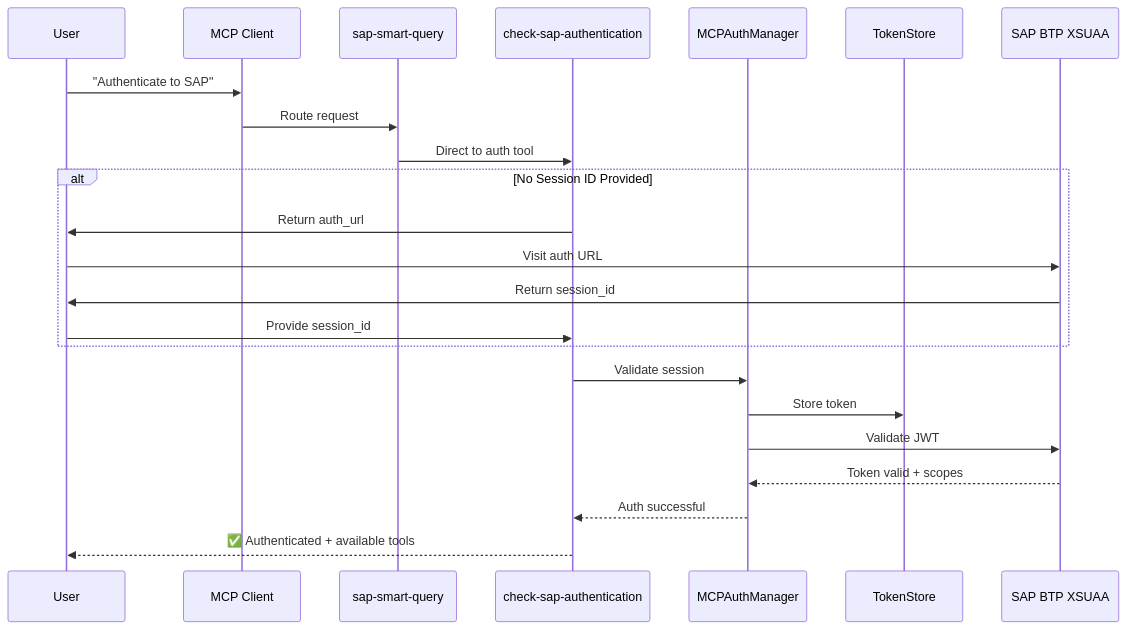
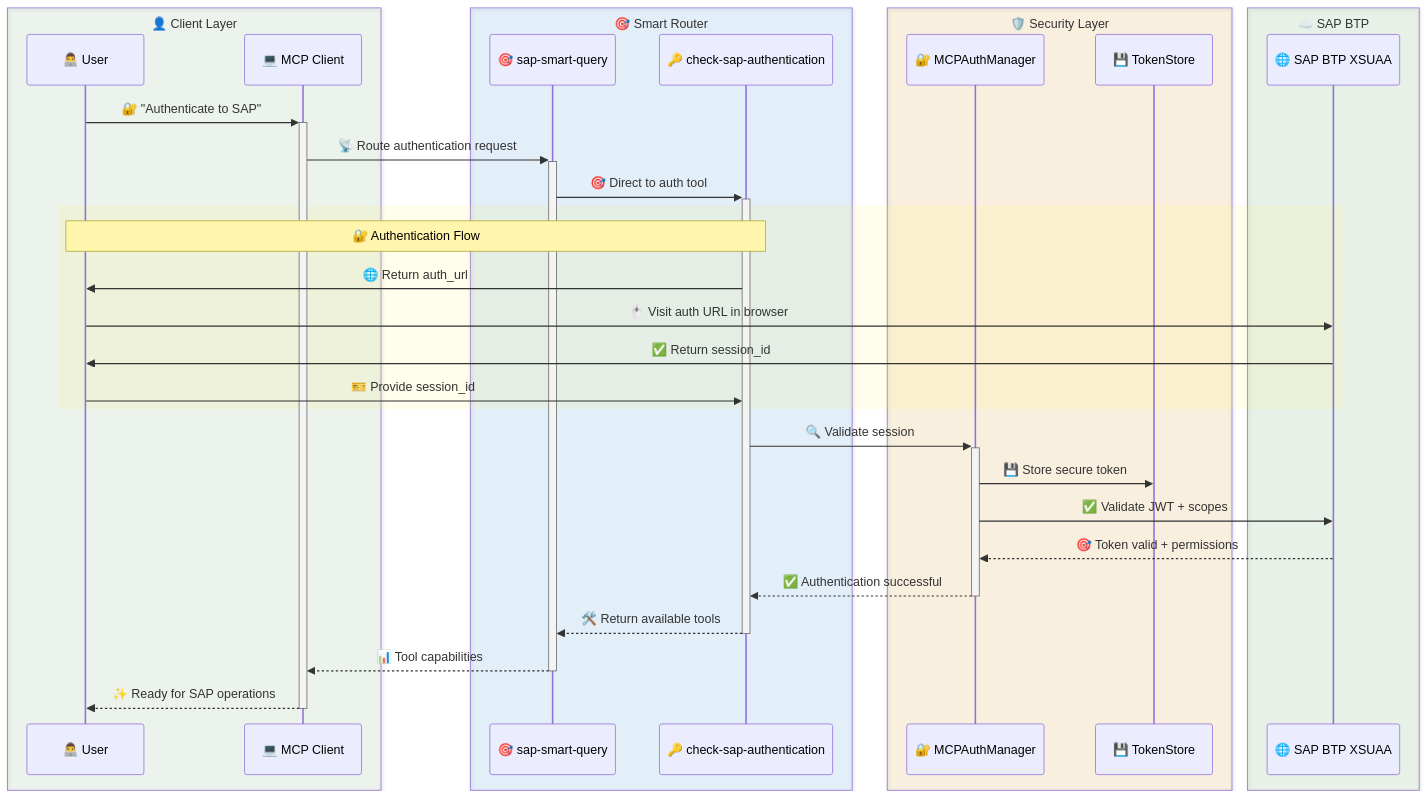
Before and after one commit to Raistlin82/btp-sap-odata-to-mcp-server-optimized: the first of 20 diagrams in docs/ARCHITECTURE-SEQUENCE-DIAGRAMS.md, drawn with Mermaid. The commit also changed other lines of this file and 20 other files, not shown here.

First line of the commit message:
feat: comprehensive project fixes and modern architecture diagrams

````diff
--- a/docs/ARCHITECTURE-SEQUENCE-DIAGRAMS.md
+++ b/docs/ARCHITECTURE-SEQUENCE-DIAGRAMS.md
@@ -35,28 +40,42 @@
 ```mermaid
 sequenceDiagram
-    participant User
-    participant MCP Client
-    participant sap-smart-query
-    participant check-sap-authentication
-    participant MCPAuthManager
-    participant TokenStore
-    participant SAP BTP XSUAA
-
-    User->>MCP Client: "Authenticate to SAP"
-    MCP Client->>sap-smart-query: Route request
-    sap-smart-query->>check-sap-authentication: Direct to auth tool
-
-    alt No Session ID Provided
-        check-sap-authentication->>User: Return auth_url
-        User->>SAP BTP XSUAA: Visit auth URL
-        SAP BTP XSUAA->>User: Return session_id
-        User->>check-sap-authentication: Provide session_id
+    box rgba(129, 199, 132, 0.1) 👤 Client Layer
+        participant User as 👨‍💻 User
+        participant MCP as 💻 MCP Client
     end
 
-    check-sap-authentication->>MCPAuthManager: Validate session
-    MCPAuthManager->>TokenStore: Store token
-    MCPAuthManager->>SAP BTP XSUAA: Validate JWT
-    SAP BTP XSUAA-->>MCPAuthManager: Token valid + scopes
-    MCPAuthManager-->>check-sap-authentication: Auth successful
-    check-sap-authentication-->>User: ✅ Authenticated + available tools
+    box rgba(33, 150, 243, 0.1) 🎯 Smart Router
+        participant Router as 🎯 sap-smart-query
+        participant Auth as 🔑 check-sap-authentication
+    end
+
+    box rgba(255, 152, 0, 0.1) 🛡️ Security Layer
+        participant Manager as 🔐 MCPAuthManager
+        participant Store as 💾 TokenStore
+    end
+
+    box rgba(76, 175, 80, 0.1) ☁️ SAP BTP
+        participant XSUAA as 🌐 SAP BTP XSUAA
+    end
+
+    User->>+MCP: 🔐 "Authenticate to SAP"
+    MCP->>+Router: 📡 Route authentication request
+    Router->>+Auth: 🎯 Direct to auth tool
+
+    rect rgba(255, 235, 59, 0.1)
+        Note over Auth,User: 🔐 Authentication Flow
+        Auth->>User: 🌐 Return auth_url
+        User->>XSUAA: 🖱️ Visit auth URL in browser
+        XSUAA->>User: ✅ Return session_id
+        User->>Auth: 🎫 Provide session_id
+    end
+
+    Auth->>+Manager: 🔍 Validate session
+    Manager->>Store: 💾 Store secure token
+    Manager->>XSUAA: ✅ Validate JWT + scopes
+    XSUAA-->>Manager: 🎯 Token valid + permissions
+    Manager-->>-Auth: ✅ Authentication successful
+    Auth-->>-Router: 🛠️ Return available tools
+    Router-->>-MCP: 📊 Tool capabilities
+    MCP-->>-User: ✨ Ready for SAP operations
 ```
````
